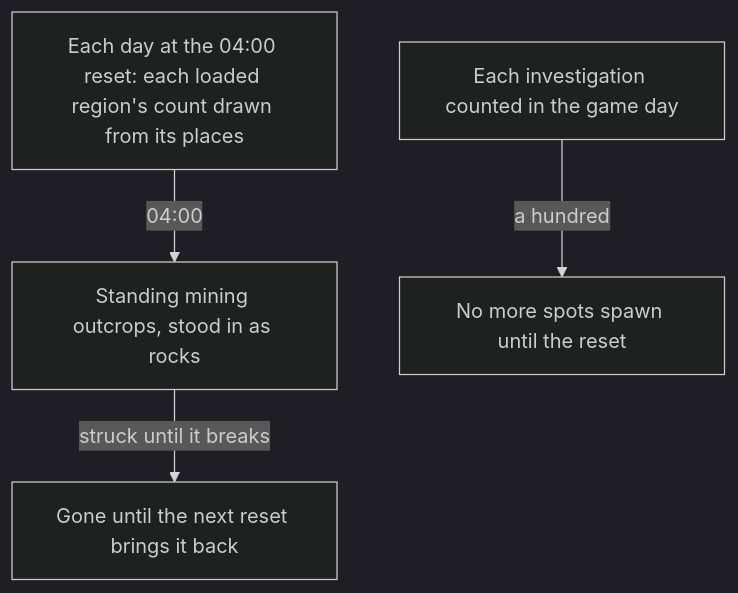
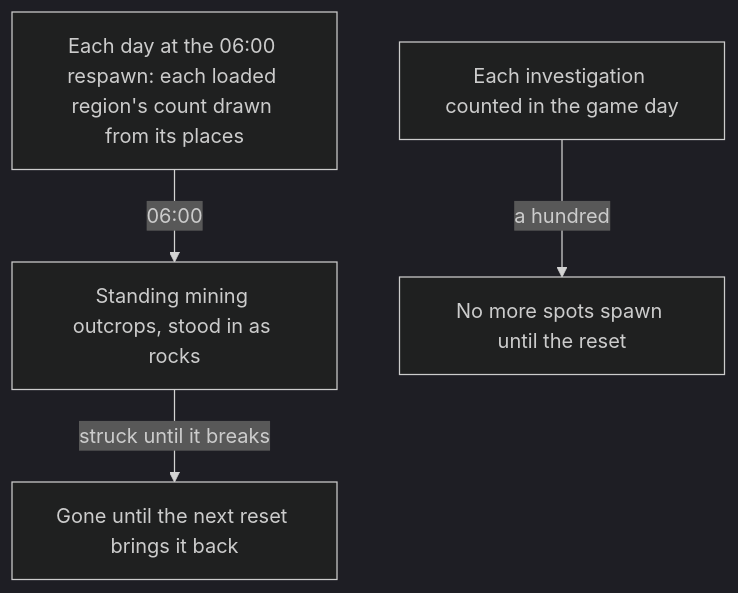
Before and after one commit to Esposter/Esposter: the diagram in openspec/changes/genshin-gathering/design.md, drawn with Mermaid (dark theme). The commit also changed other lines of this file and 3 other files, not shown here.

First line of the commit message:
docs(genshin): the mining outcrops are drawn at the 06:00 respawn the wiki gives

````diff
--- a/openspec/changes/genshin-gathering/design.md
+++ b/openspec/changes/genshin-gathering/design.md
@@ -17,6 +17,6 @@
 ```mermaid
 flowchart TD
-  D["Each day at the 04:00 reset: each loaded region's count drawn from its places"] -->|"04:00"| O["Standing mining outcrops, stood in as rocks"]
+  D["Each day at the 06:00 respawn: each loaded region's count drawn from its places"] -->|"06:00"| O["Standing mining outcrops, stood in as rocks"]
   O -->|"struck until it breaks"| G["Gone until the next reset brings it back"]
   I["Each investigation counted in the game day"] -->|"a hundred"| N["No more spots spawn until the reset"]
 ```
````
